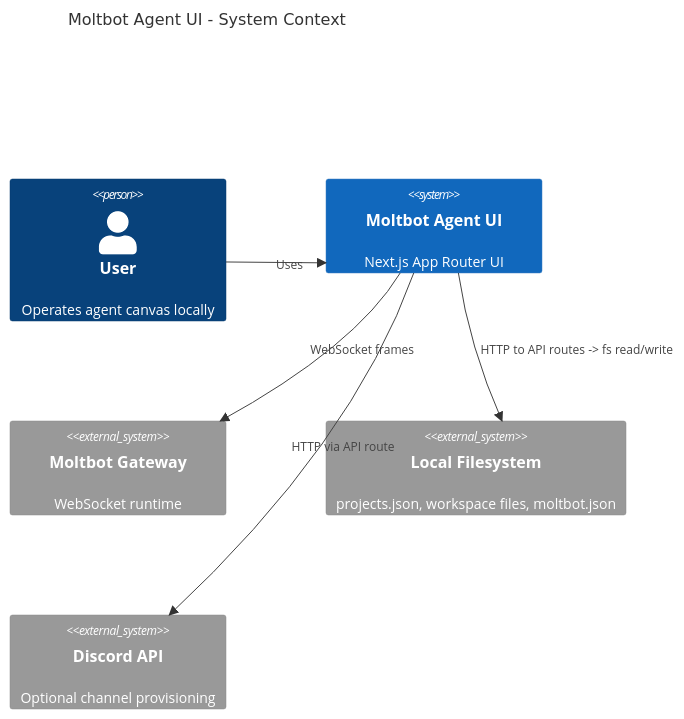
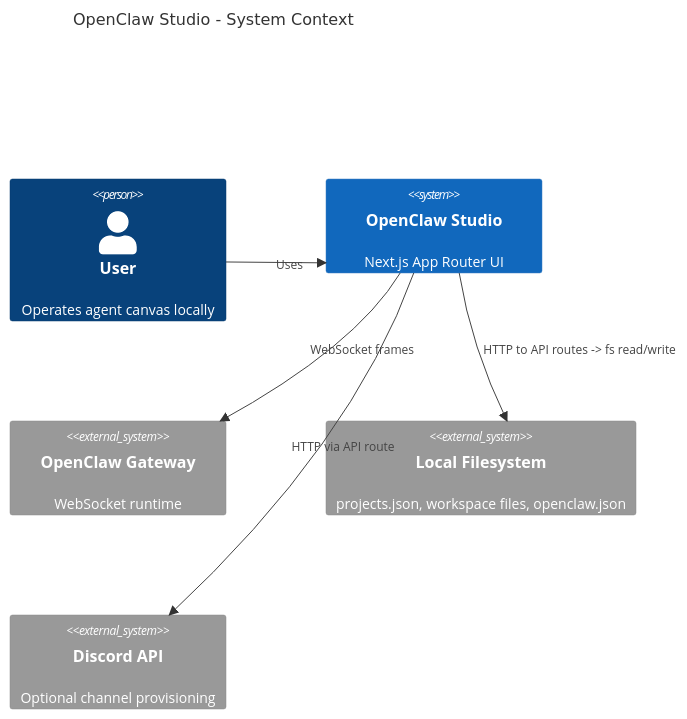
One commit to chaien0609/openclaw-studio changed the first of 2 diagrams in ARCHITECTURE.md. Above: the diagram before and after it, drawn with Mermaid. The commit also changed other lines of this file and 10 other files, not shown here.

Commit message:
Finalize OpenClaw Studio naming

````diff
--- a/ARCHITECTURE.md
+++ b/ARCHITECTURE.md
@@ -102,14 +102,14 @@
 ```mermaid
 C4Context
-  title Moltbot Agent UI - System Context
+  title OpenClaw Studio - System Context
   Person(user, "User", "Operates agent canvas locally")
-  System(ui, "Moltbot Agent UI", "Next.js App Router UI")
-  System_Ext(gateway, "Moltbot Gateway", "WebSocket runtime")
-  System_Ext(fs, "Local Filesystem", "projects.json, workspace files, moltbot.json")
+  System(ui, "OpenClaw Studio", "Next.js App Router UI")
+  System_Ext(gateway, "OpenClaw Gateway", "WebSocket runtime")
+  System_Ext(fs, "Local Filesystem", "projects.json, workspace files, openclaw.json")
   System_Ext(discord, "Discord API", "Optional channel provisioning")
 
   Rel(user, ui, "Uses")
   Rel(ui, gateway, "WebSocket frames")
   Rel(ui, fs, "HTTP to API routes -> fs read/write")
   Rel(ui, discord, "HTTP via API route")
 ```
````
